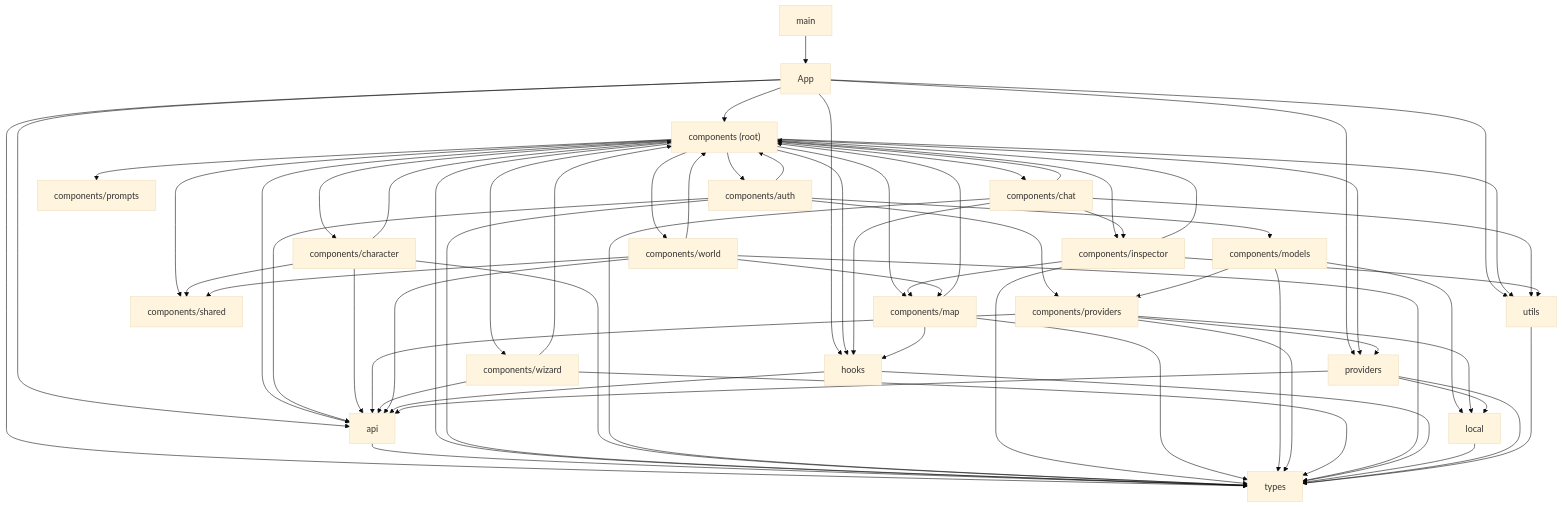
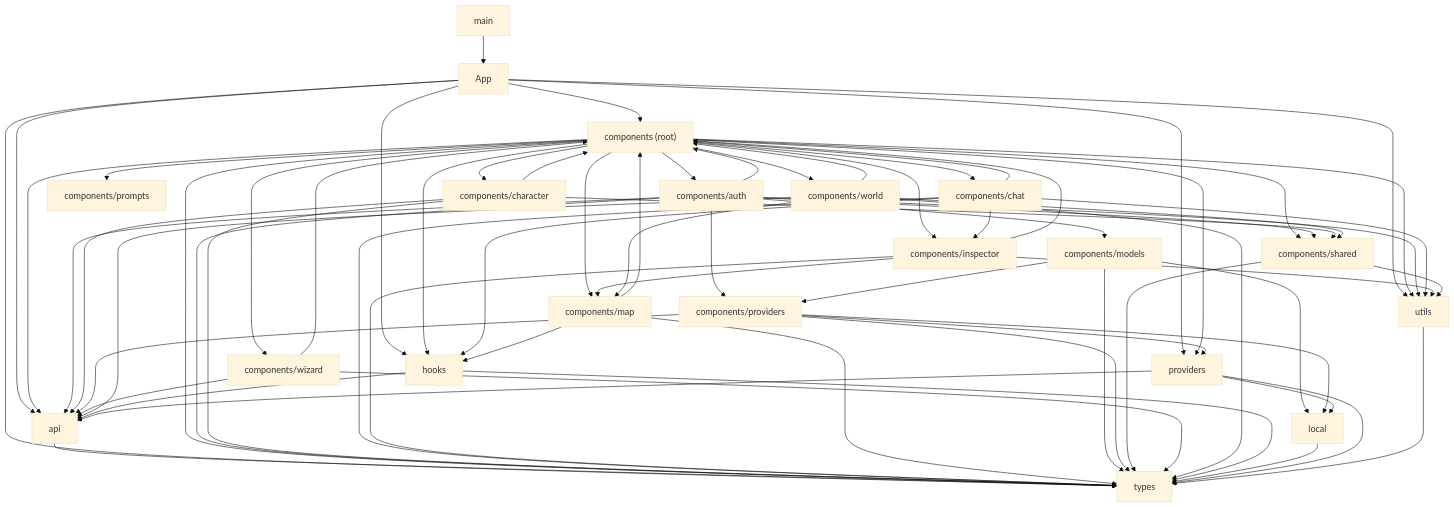
The diagram in docs/architecture/FRONTEND_GRAPH.md (diegolima/CyberCantina), drawn with Mermaid (base theme) before and after one commit. The commit also changed other lines of this file and 31 other files, not shown here.

```diff
--- a/docs/architecture/FRONTEND_GRAPH.md
+++ b/docs/architecture/FRONTEND_GRAPH.md
@@ -58,7 +58,9 @@
     b_3 --> b_2
     b_3 --> b_8
     b_3 --> b_10
+    b_3 --> b_11
     b_3 --> b_18
+    b_3 --> b_19
     b_4 --> b_1
     b_4 --> b_2
     b_4 --> b_11
@@ -82,6 +84,8 @@
     b_10 --> b_15
     b_10 --> b_17
     b_10 --> b_18
+    b_11 --> b_18
+    b_11 --> b_19
     b_12 --> b_1
     b_12 --> b_2
     b_12 --> b_18
```
